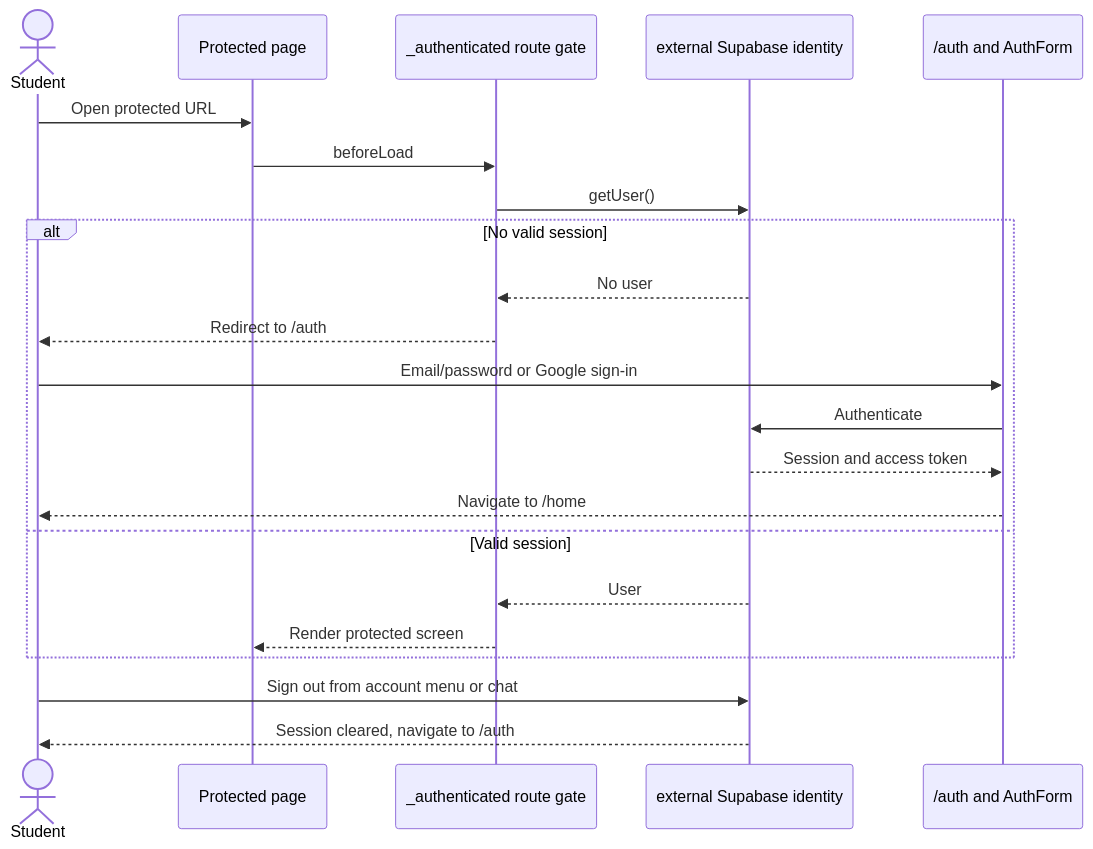
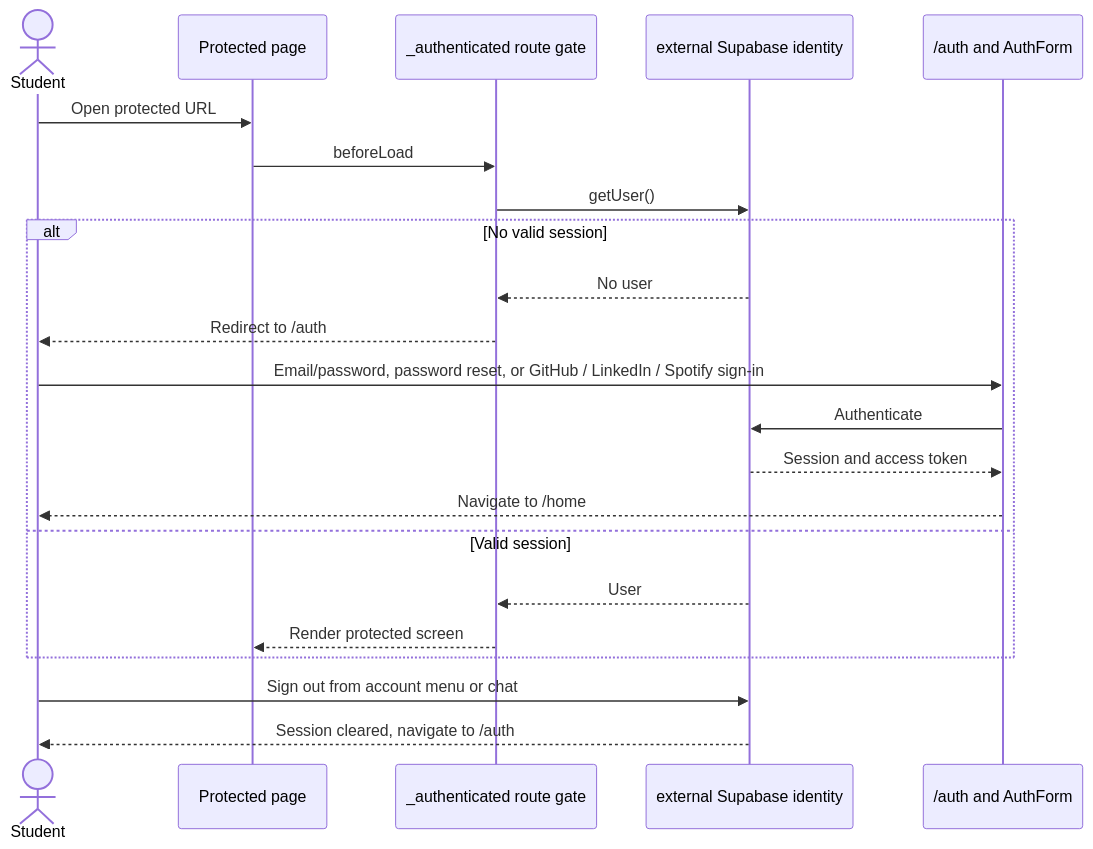
One commit to keyshavmor/study-swiss-star changed the diagram in docs/wireframes/05-authentication.mmd. Above: the diagram before and after it, drawn with Mermaid. The commit also changed 12 other files, not shown here.

```diff
--- a/docs/wireframes/05-authentication.mmd
+++ b/docs/wireframes/05-authentication.mmd
@@ -1,22 +1,22 @@
 sequenceDiagram
   actor Student
   participant Page as Protected page
   participant Gate as _authenticated route gate
   participant Cloud as external Supabase identity
   participant Auth as /auth and AuthForm
   Student->>Page: Open protected URL
   Page->>Gate: beforeLoad
   Gate->>Cloud: getUser()
   alt No valid session
     Cloud-->>Gate: No user
     Gate-->>Student: Redirect to /auth
-    Student->>Auth: Email/password or Google sign-in
+    Student->>Auth: Email/password, password reset, or GitHub / LinkedIn / Spotify sign-in
     Auth->>Cloud: Authenticate
     Cloud-->>Auth: Session and access token
     Auth-->>Student: Navigate to /home
   else Valid session
     Cloud-->>Gate: User
     Gate-->>Page: Render protected screen
   end
   Student->>Cloud: Sign out from account menu or chat
   Cloud-->>Student: Session cleared, navigate to /auth
```
